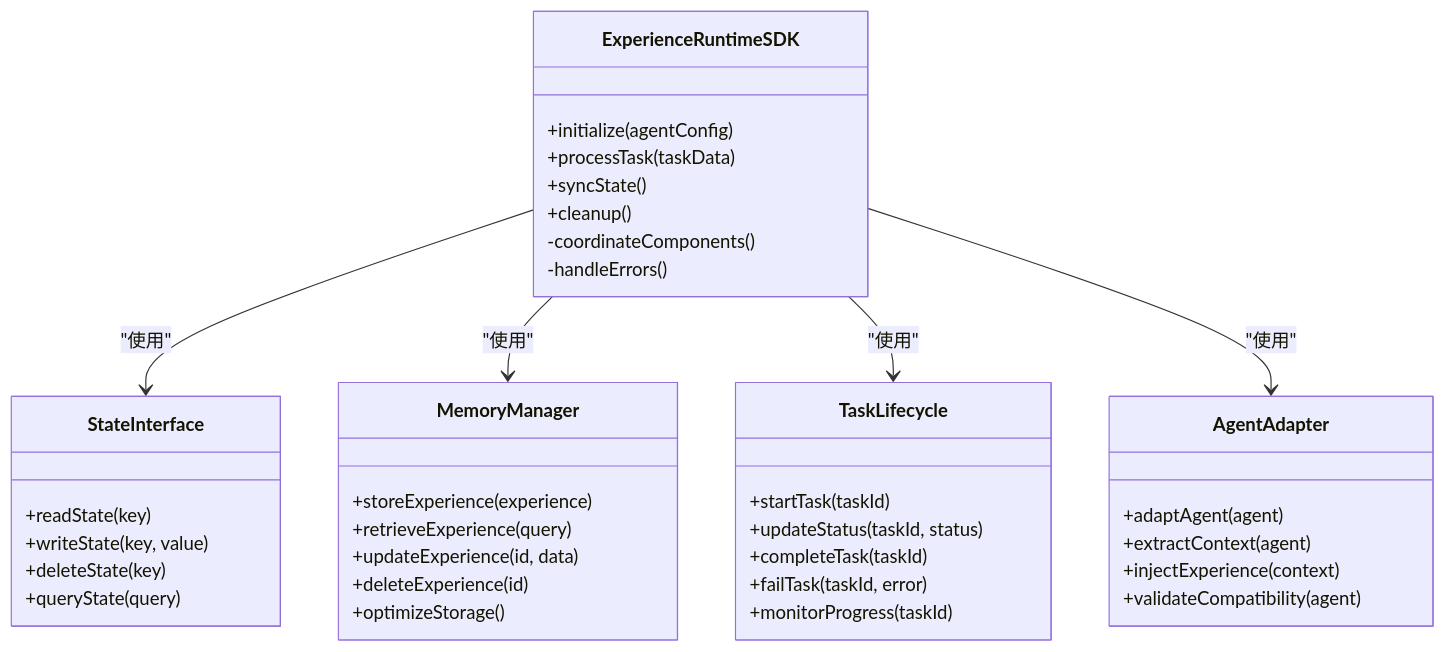
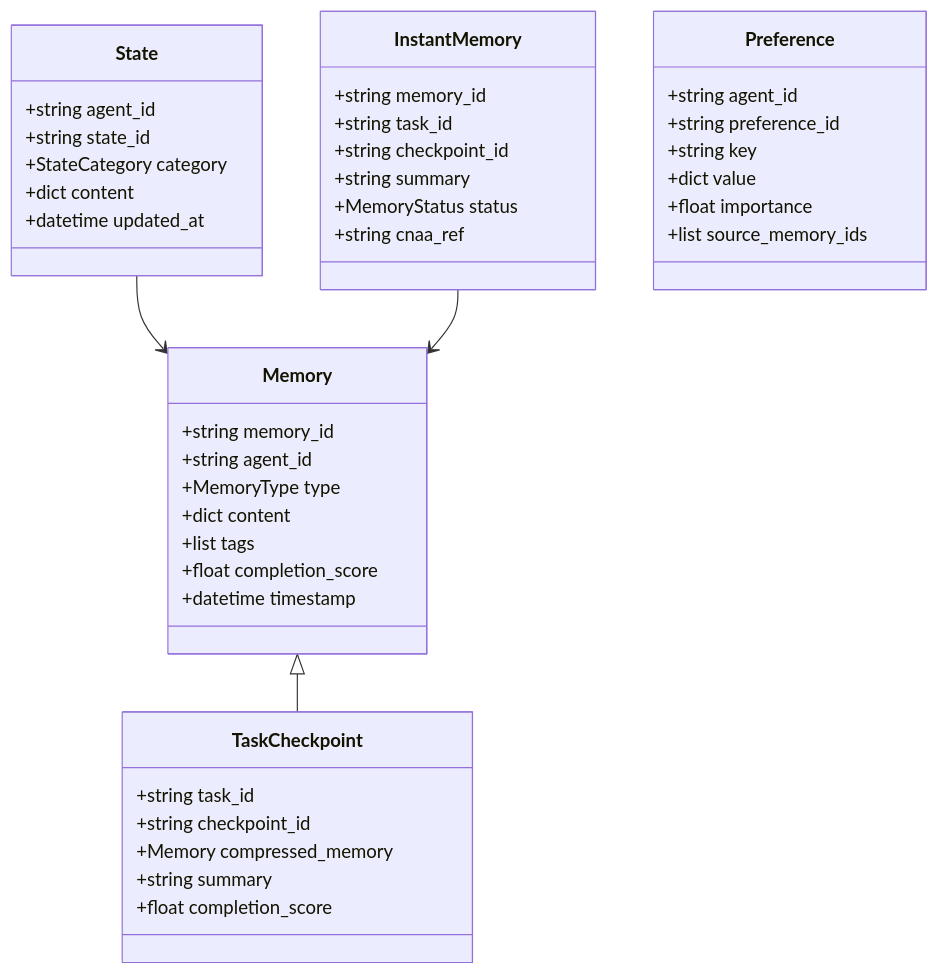
The third of 6 diagrams in .qoder/repowiki/zh/content/架构设计/架构设计.md (lgx236/CNAA-Cloud-Native-Agent-Architecture-), drawn with Mermaid before and after one commit. The commit also changed other lines of this file and 80 other files, not shown here.

````diff
--- a/.qoder/repowiki/zh/content/架构设计/架构设计.md
+++ b/.qoder/repowiki/zh/content/架构设计/架构设计.md
@@ -117,41 +137,45 @@
 ```mermaid
 classDiagram
-class ExperienceRuntimeSDK {
-+initialize(agentConfig)
-+processTask(taskData)
-+syncState()
-+cleanup()
--coordinateComponents()
--handleErrors()
+class Memory {
++string memory_id
++string agent_id
++MemoryType type
++dict content
++list tags
++float completion_score
++datetime timestamp
 }
-class StateInterface {
-+readState(key)
-+writeState(key, value)
-+deleteState(key)
-+queryState(query)
+class TaskCheckpoint {
++string task_id
++string checkpoint_id
++Memory compressed_memory
++string summary
++float completion_score
 }
-class MemoryManager {
-+storeExperience(experience)
-+retrieveExperience(query)
-+updateExperience(id, data)
-+deleteExperience(id)
-+optimizeStorage()
+class State {
++string agent_id
++string state_id
++StateCategory category
++dict content
++datetime updated_at
 }
-class TaskLifecycle {
-+startTask(taskId)
-+updateStatus(taskId, status)
-+completeTask(taskId)
-+failTask(taskId, error)
-+monitorProgress(taskId)
+class InstantMemory {
++string memory_id
++string task_id
++string checkpoint_id
++string summary
++MemoryStatus status
++string cnaa_ref
 }
-class AgentAdapter {
-+adaptAgent(agent)
-+extractContext(agent)
-+injectExperience(context)
-+validateCompatibility(agent)
+class Preference {
++string agent_id
++string preference_id
++string key
++dict value
++float importance
++list source_memory_ids
 }
-ExperienceRuntimeSDK --> StateInterface : "使用"
-ExperienceRuntimeSDK --> MemoryManager : "使用"
-ExperienceRuntimeSDK --> TaskLifecycle : "使用"
-ExperienceRuntimeSDK --> AgentAdapter : "使用"
+Memory <|-- TaskCheckpoint
+State --> Memory
+InstantMemory --> Memory
 ```
````
